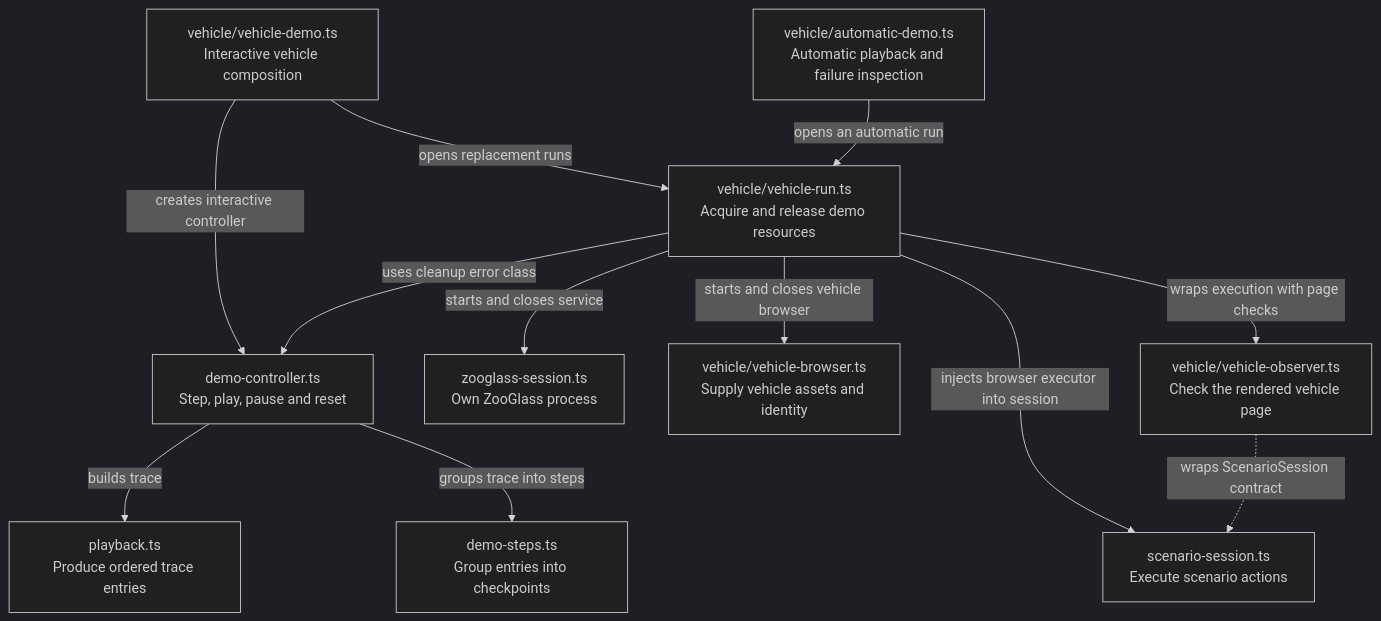
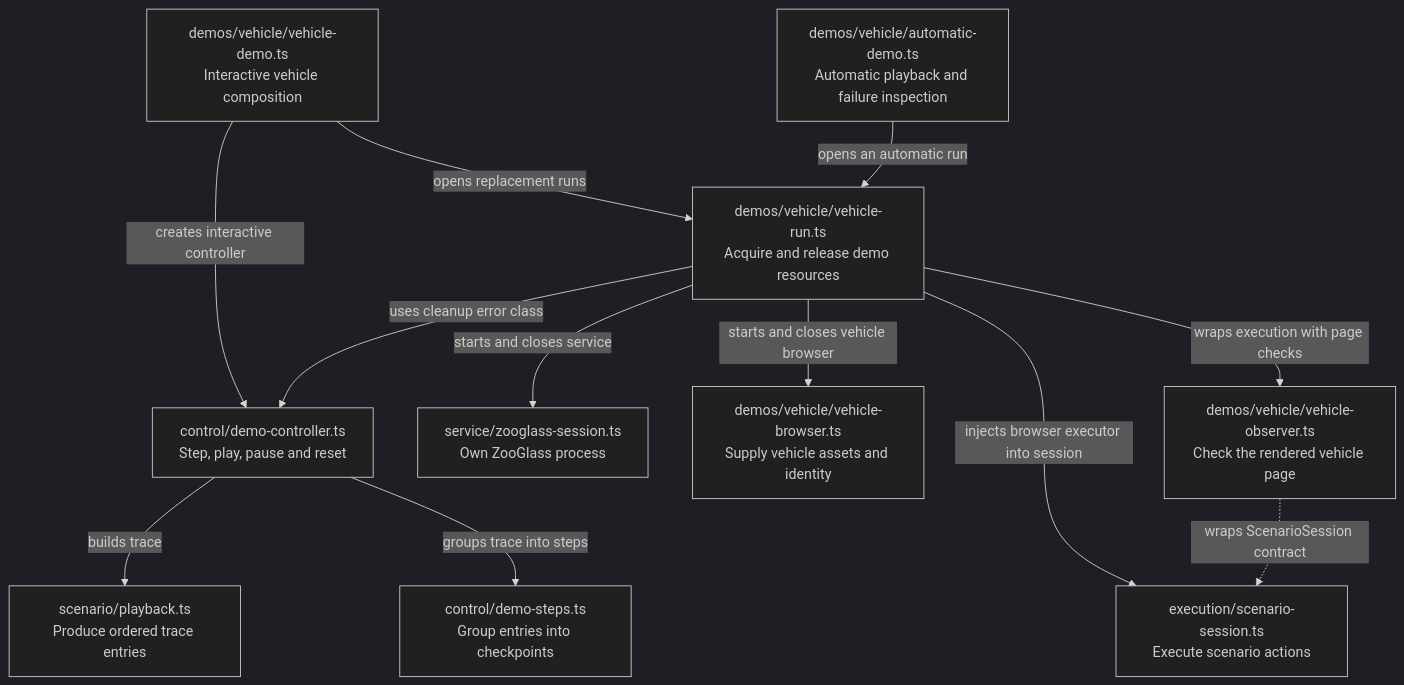
Before and after one commit to sproates/zooglass: the fourth of 6 diagrams in incubator/workbench/docs/source-map.md, drawn with Mermaid (dark theme). The commit also changed other lines of this file and 72 other files, not shown here.

Commit message:
Group Workbench modules by responsibility and place demos together

````diff
--- a/incubator/workbench/docs/source-map.md
+++ b/incubator/workbench/docs/source-map.md
@@ -120,24 +140,24 @@
 ```mermaid
 flowchart TB
-  vehicle["vehicle/vehicle-demo.ts<br/>Interactive vehicle composition"]
-  automatic["vehicle/automatic-demo.ts<br/>Automatic playback and failure inspection"]
-  controller["demo-controller.ts<br/>Step, play, pause and reset"]
-  steps["demo-steps.ts<br/>Group entries into checkpoints"]
-  playback["playback.ts<br/>Produce ordered trace entries"]
-  run["vehicle/vehicle-run.ts<br/>Acquire and release demo resources"]
-  service["zooglass-session.ts<br/>Own ZooGlass process"]
-  browser["vehicle/vehicle-browser.ts<br/>Supply vehicle assets and identity"]
-  session["scenario-session.ts<br/>Execute scenario actions"]
-  observer["vehicle/vehicle-observer.ts<br/>Check the rendered vehicle page"]
+  vehicle["demos/vehicle/vehicle-demo.ts<br/>Interactive vehicle composition"]
+  automatic["demos/vehicle/automatic-demo.ts<br/>Automatic playback and failure inspection"]
+  controller["control/demo-controller.ts<br/>Step, play, pause and reset"]
+  steps["control/demo-steps.ts<br/>Group entries into checkpoints"]
+  playback["scenario/playback.ts<br/>Produce ordered trace entries"]
+  run["demos/vehicle/vehicle-run.ts<br/>Acquire and release demo resources"]
+  service["service/zooglass-session.ts<br/>Own ZooGlass process"]
+  browser["demos/vehicle/vehicle-browser.ts<br/>Supply vehicle assets and identity"]
+  session["execution/scenario-session.ts<br/>Execute scenario actions"]
+  observer["demos/vehicle/vehicle-observer.ts<br/>Check the rendered vehicle page"]
   vehicle -->|creates interactive controller| controller
   vehicle -->|opens replacement runs| run
   automatic -->|opens an automatic run| run
   controller -->|builds trace| playback
   controller -->|groups trace into steps| steps
   run -->|uses cleanup error class| controller
   run -->|starts and closes service| service
   run -->|starts and closes vehicle browser| browser
   run -->|injects browser executor into session| session
   run -->|wraps execution with page checks| observer
   observer -.->|wraps ScenarioSession contract| session
 ```
````
